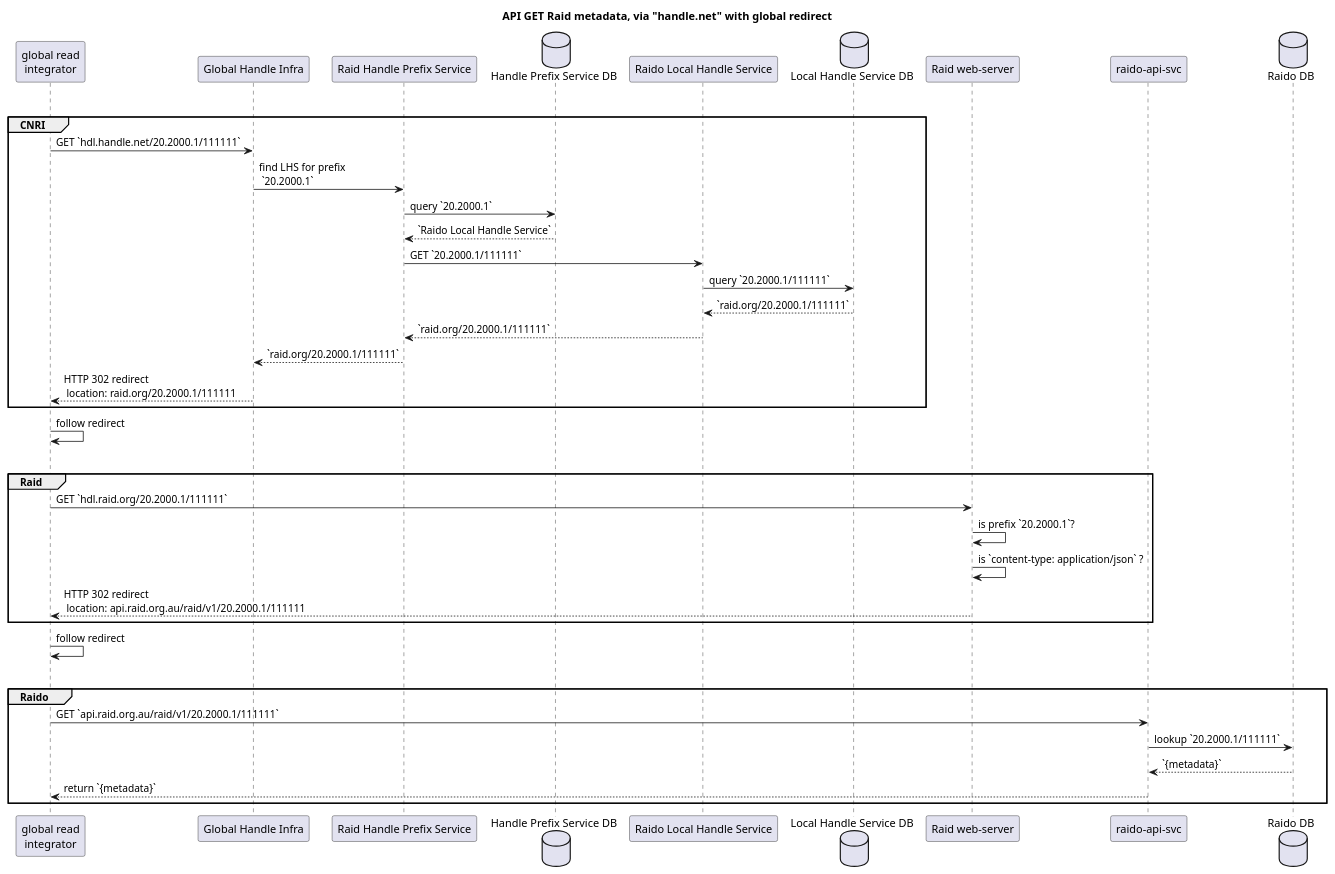
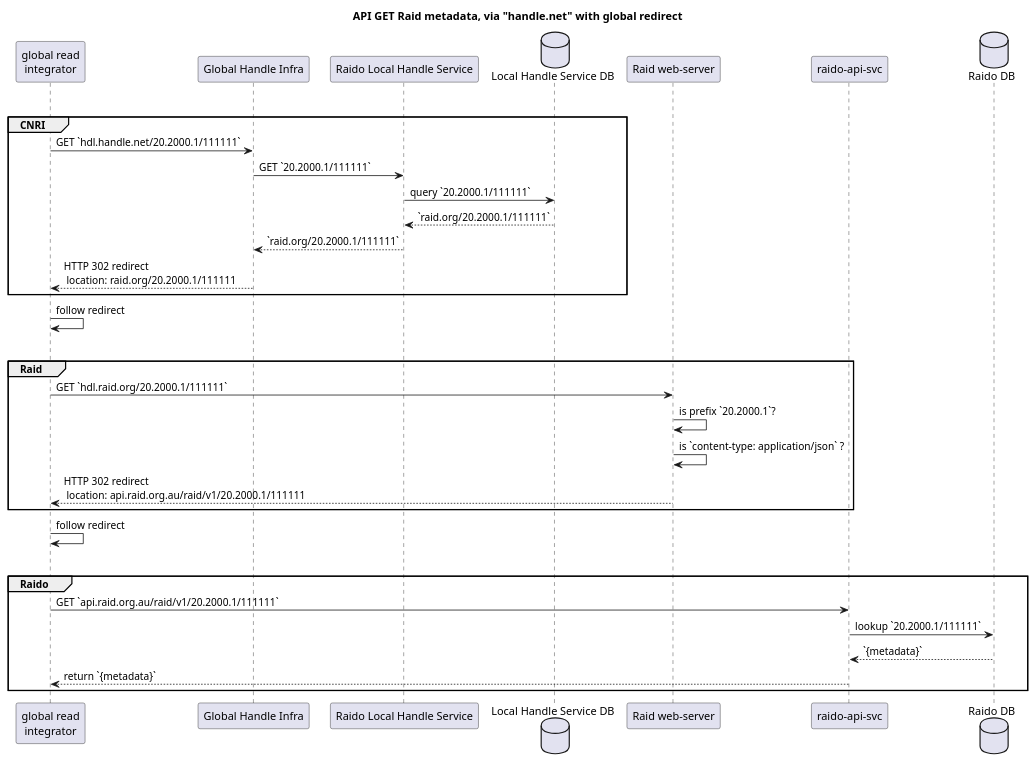
Before and after one commit to au-research/raido: the diagram in doc/architecture/cnri-handle/api-get-raid-via-cnri-raid-landing.plantuml, drawn with PlantUML. The commit also changed 3 other files, not shown here.

```diff
--- a/doc/architecture/cnri-handle/api-get-raid-via-cnri-raid-landing.plantuml
+++ b/doc/architecture/cnri-handle/api-get-raid-via-cnri-raid-landing.plantuml
@@ -1,57 +1,48 @@
 @startuml
 title API GET Raid metadata, via "handle.net" with global redirect
 
 participant "global read\nintegrator" as integrator
 
 participant "Global Handle Infra" as ghi
-participant "Raid Handle Prefix Service" as hps
-database "Handle Prefix Service DB" as hpsDb
 participant "Raido Local Handle Service" as lhs
 database "Local Handle Service DB" as lhsDb
 
 
 participant "Raid web-server" as raidWeb
-
-'participant "Raido web-server" as raidoWeb
-'participant "Raido app-client" as appClient
 
 participant "raido-api-svc" as raidoApi
 database "Raido DB" as raidoDb
 participant "raido-api-svc" as raidoApi
 database "Raido DB" as raidoDb
 
 
 alt handle.net
 group CNRI
 integrator -> ghi: GET `hdl.handle.net/20.2000.1/111111`
-ghi -> hps: find LHS for prefix\n `20.2000.1`
-hps -> hpsDb: query `20.2000.1`
-return `Raido Local Handle Service`
-hps -> lhs: GET `20.2000.1/111111`
+ghi -> lhs: GET `20.2000.1/111111`
 lhs -> lhsDb: query `20.2000.1/111111`
 return `raid.org/20.2000.1/111111`
-lhs --> hps: `raid.org/20.2000.1/111111`
-hps --> ghi: `raid.org/20.2000.1/111111`
+lhs --> ghi: `raid.org/20.2000.1/111111`
 ghi --> integrator: HTTP 302 redirect\n location: raid.org/20.2000.1/111111
 end
 integrator -> integrator : follow redirect
 
 
 alt 
 group Raid 
 integrator -> raidWeb: GET `hdl.raid.org/20.2000.1/111111`
 raidWeb -> raidWeb: is prefix `20.2000.1`?
 raidWeb -> raidWeb: is `content-type: application/json` ?
 raidWeb --> integrator: HTTP 302 redirect\n location: api.raid.org.au/raid/v1/20.2000.1/111111
 end 
 integrator -> integrator : follow redirect
 
 alt
 group Raido
 integrator -> raidoApi: GET `api.raid.org.au/raid/v1/20.2000.1/111111`
 raidoApi -> raidoDb: lookup `20.2000.1/111111`
 return `{metadata}`
 raidoApi --> integrator: return `{metadata}`
 end
  
 @enduml
```
